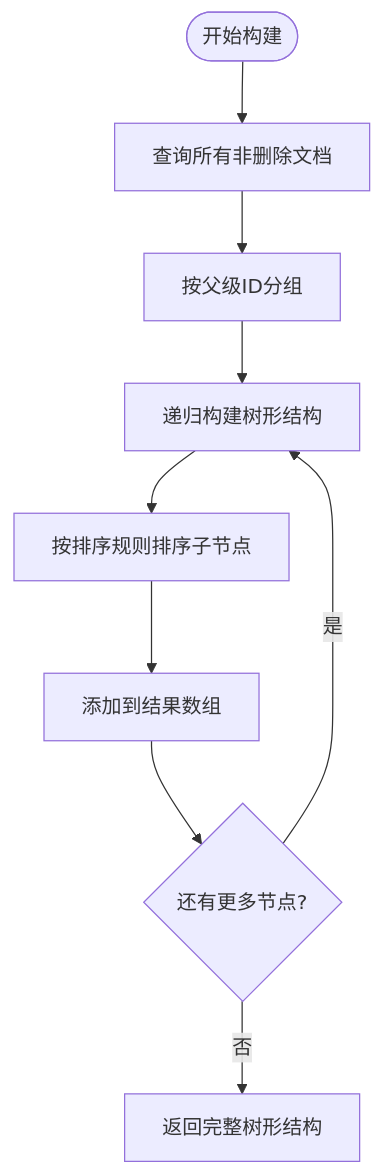
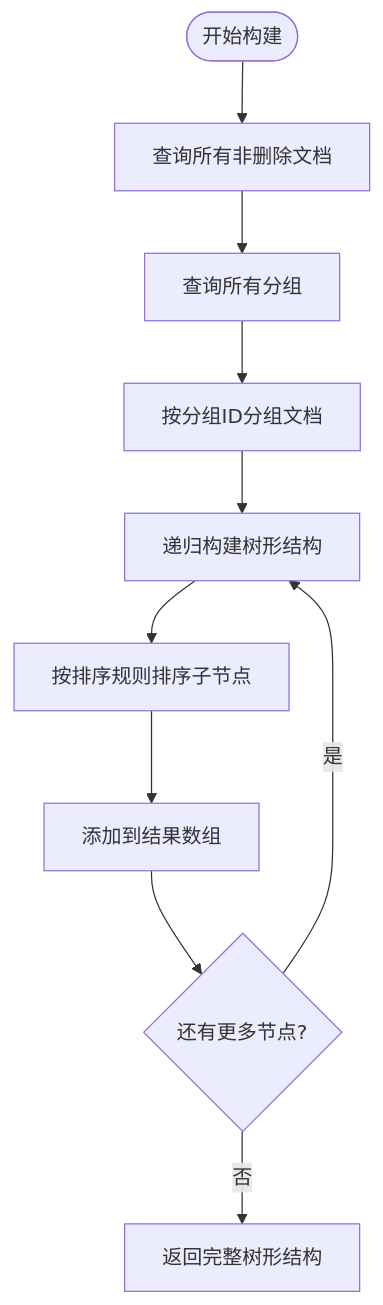
One commit to beyondalbert/my_wiki changed the sixth of 12 diagrams in .qoder/repowiki/zh/content/核心模块/知识库管理模块/知识库管理模块.md. Above: the diagram before and after it, drawn with Mermaid. The commit also changed other lines of this file and 5 other files, not shown here.

````diff
--- a/.qoder/repowiki/zh/content/核心模块/知识库管理模块/知识库管理模块.md
+++ b/.qoder/repowiki/zh/content/核心模块/知识库管理模块/知识库管理模块.md
@@ -298,11 +333,12 @@
 ```mermaid
 flowchart TD
 Start([开始构建]) --> QueryDocs["查询所有非删除文档"]
-QueryDocs --> GroupByParent["按父级ID分组"]
-GroupByParent --> BuildTree["递归构建树形结构"]
+QueryDocs --> QueryGroups["查询所有分组"]
+QueryGroups --> GroupDocs["按分组ID分组文档"]
+GroupDocs --> BuildTree["递归构建树形结构"]
 BuildTree --> SortChildren["按排序规则排序子节点"]
 SortChildren --> AddToResult["添加到结果数组"]
 AddToResult --> CheckMore{"还有更多节点?"}
 CheckMore --> |是| BuildTree
 CheckMore --> |否| ReturnTree["返回完整树形结构"]
 ```
````
